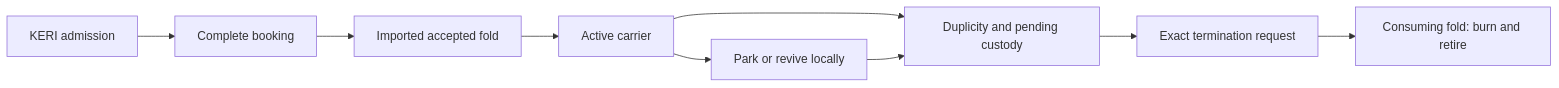
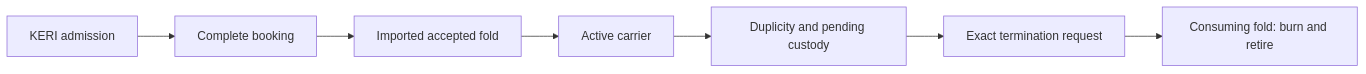
One commit to lambdasistemi/cardano-keri changed the diagram in docs/demos/d02-registry-mapping.md. Above: the diagram before and after it, drawn with Mermaid. The commit also changed other lines of this file and 51 other files, not shown here.

````diff
--- a/docs/demos/d02-registry-mapping.md
+++ b/docs/demos/d02-registry-mapping.md
@@ -30,11 +31,9 @@
 ```mermaid
 flowchart LR
   Admission[KERI admission] --> Booking[Complete booking]
   Booking --> Fold[Imported accepted fold]
   Fold --> Carrier[Active carrier]
-  Carrier --> Local[Park or revive locally]
   Carrier --> Conviction[Duplicity and pending custody]
-  Local --> Conviction
   Conviction --> Request[Exact termination request]
   Request --> Completion[Consuming fold: burn and retire]
 ```
````
